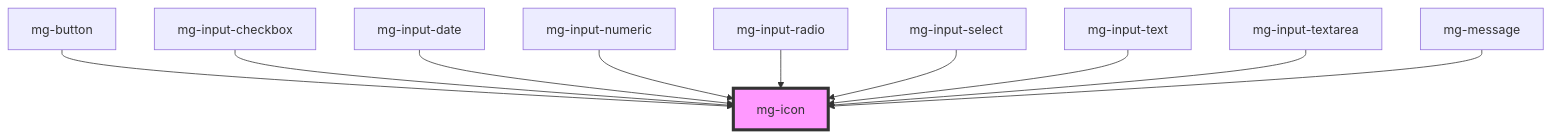
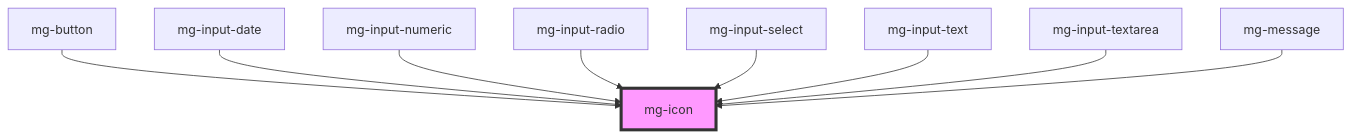
One commit to MGDIS/mg-components changed the diagram in src/components/atoms/mg-icon/readme.md. Above: the diagram before and after it, drawn with Mermaid. The commit also changed other lines of this file and 7 other files, not shown here.

````diff
--- a/src/components/atoms/mg-icon/readme.md
+++ b/src/components/atoms/mg-icon/readme.md
@@ -29,13 +28,12 @@
 ```mermaid
 graph TD;
   mg-button --> mg-icon
-  mg-input-checkbox --> mg-icon
   mg-input-date --> mg-icon
   mg-input-numeric --> mg-icon
   mg-input-radio --> mg-icon
   mg-input-select --> mg-icon
   mg-input-text --> mg-icon
   mg-input-textarea --> mg-icon
   mg-message --> mg-icon
   style mg-icon fill:#f9f,stroke:#333,stroke-width:4px
 ```
````
